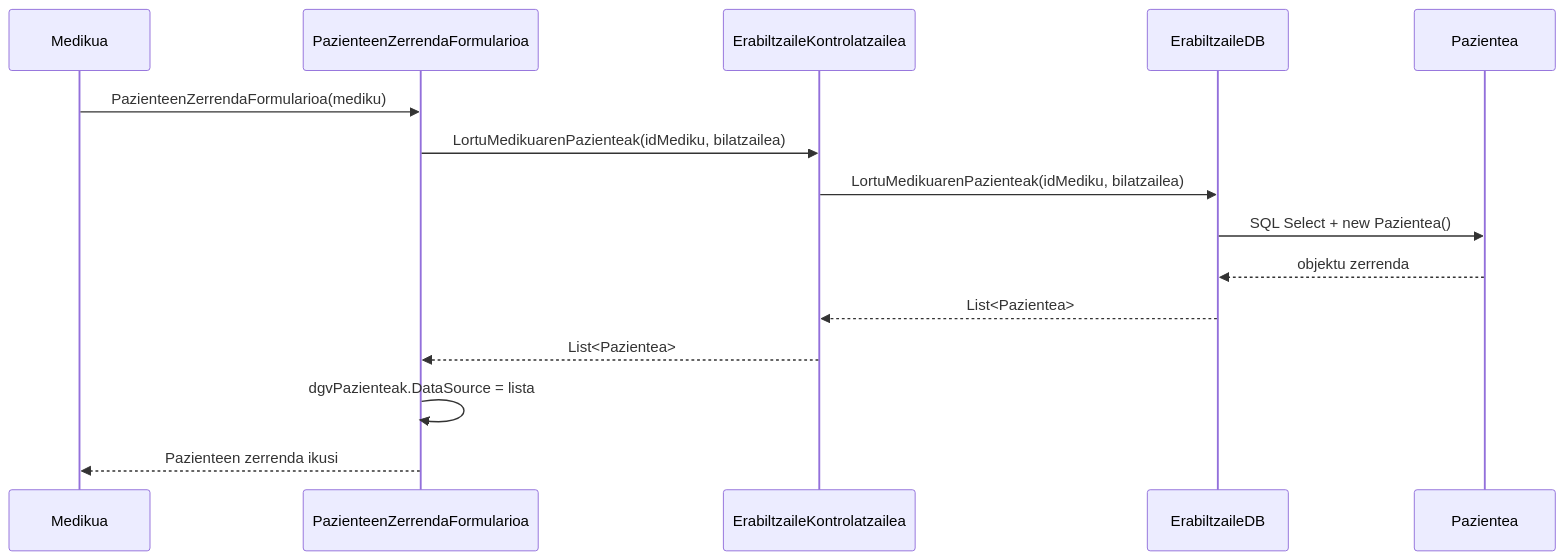
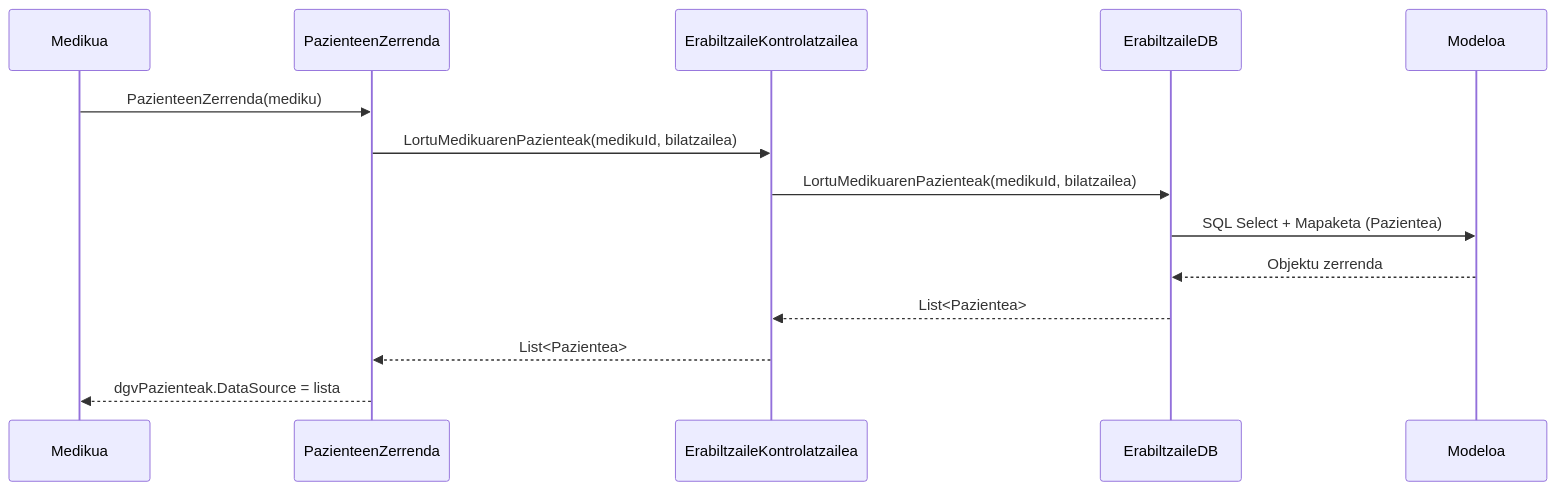
One commit to AnderUrienGoierri/GOsasun_app changed the diagram in sekuentzia_diagramak/5_paziente_zerrenda_ikusi.md. Above: the diagram before and after it, drawn with Mermaid. The commit also changed other lines of this file and 21 other files, not shown here.

Commit message:
Interfaze berriak (ErabiltzaileaSortu) eta Sekuentzia Diagramak eguneratu diren 3 geruzako arkitekturara

````diff
--- a/sekuentzia_diagramak/5_paziente_zerrenda_ikusi.md
+++ b/sekuentzia_diagramak/5_paziente_zerrenda_ikusi.md
@@ -26,19 +25,18 @@
 ```mermaid
 sequenceDiagram
     participant M as Medikua
-    participant I as PazienteenZerrendaFormularioa
+    participant I as PazienteenZerrenda
     participant K as ErabiltzaileKontrolatzailea
     participant DB as ErabiltzaileDB
-    participant KL as Pazientea
+    participant KL as Modeloa
 
-    M->>I: PazienteenZerrendaFormularioa(mediku)
-    I->>K: LortuMedikuarenPazienteak(idMediku, bilatzailea)
-    K->>DB: LortuMedikuarenPazienteak(idMediku, bilatzailea)
+    M->>I: PazienteenZerrenda(mediku)
+    I->>K: LortuMedikuarenPazienteak(medikuId, bilatzailea)
+    K->>DB: LortuMedikuarenPazienteak(medikuId, bilatzailea)
     
-    DB->>KL: SQL Select + new Pazientea()
-    KL-->>DB: objektu zerrenda
+    DB->>KL: SQL Select + Mapaketa (Pazientea)
+    KL-->>DB: Objektu zerrenda
     DB-->>K: List<Pazientea>
     K-->>I: List<Pazientea>
-    I->>I: dgvPazienteak.DataSource = lista
-    I-->>M: Pazienteen zerrenda ikusi
+    I-->>M: dgvPazienteak.DataSource = lista
 ```
````
